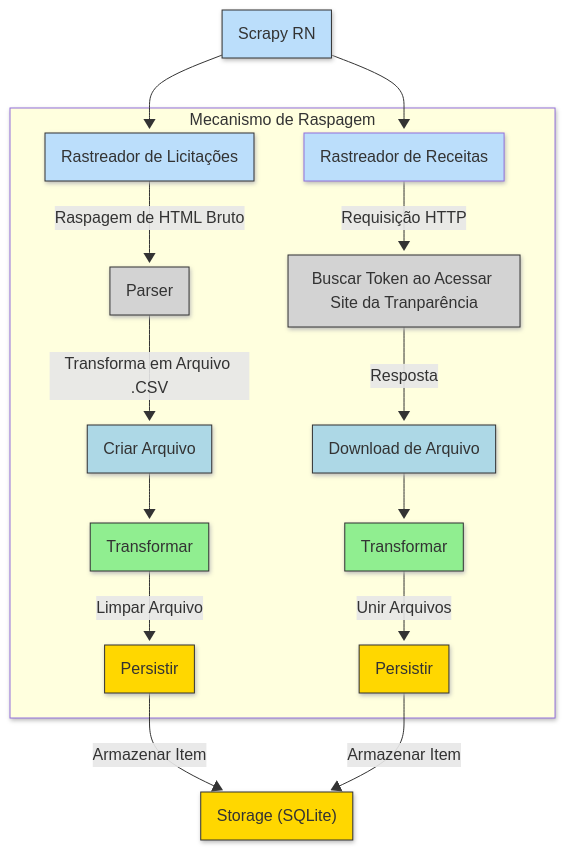
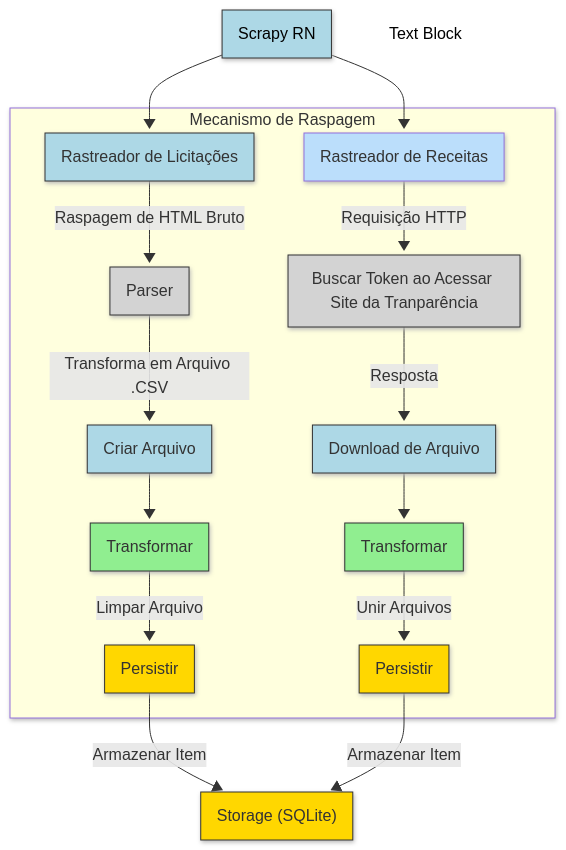
Before and after one commit to anunciado/INF0233-ScrapyRN: the diagram in README.md, drawn with Mermaid.

Commit message:
feat: melhorando README.md

````diff
--- a/README.md
+++ b/README.md
@@ -52,56 +52,58 @@
 ```mermaid
 ---
 config:
   layout: dagre
   look: neo
 ---
 flowchart TB
  subgraph subGraph1["Mecanismo de Raspagem"]
         Spider["Rastreador de Licitações"]
         Middleware["Download de Arquivo"]
         Parser["Parser"]
         n2@{ label: "<span style=\"background-color:\">Rastreador de Receitas</span>" }
         ExternalSite["Buscar Token ao Acessar Site da Tranparência"]
         n3["Transformar"]
         n4["Persistir"]
         Validate["Transformar"]
         PersistStage["Persistir"]
         n6["Criar Arquivo"]
   end
     Scheduler["Scrapy RN"] -- <br> --> Spider
     ExternalSite -- Resposta --> Middleware
     Middleware -- <br> --> n3
     Spider -- Raspagem de HTML Bruto --> Parser
     PersistStage -- Armazenar Item --> Storage["Storage (SQLite)"]
     Validate -- "<span style=color:>Limpar Arquivo</span>" --> PersistStage
     Scheduler --> n2
     n2 -- "<span style=color:>Requisição HTTP</span>" --> ExternalSite
     n3 -- "<span style=color:>Unir Arquivos</span>" --> n4
     n4 -- "<span style=color:>Armazenar Item</span>" --> Storage
     Parser -- "<span style=color:>Transforma em Arquivo .CSV</span>" --> n6
     n6 -- <br> --> Validate
+    n7["Text Block"]
     n2@{ shape: rect}
     n3@{ shape: rect}
     n4@{ shape: rect}
     n6@{ shape: rect}
+    n7@{ shape: text}
      Spider:::network
      Middleware:::network
      Parser:::processing
      Parser:::external
      ExternalSite:::external
      n3:::processing
      n4:::storage
      Validate:::processing
      PersistStage:::storage
      n6:::network
      Scheduler:::network
      Storage:::storage
     classDef network fill:#ADD8E6,stroke:#333,stroke-width:1px
     classDef processing fill:#90EE90,stroke:#333,stroke-width:1px
     classDef storage fill:#FFD700,stroke:#333,stroke-width:1px
     classDef config fill:#D8BFD8,stroke:#333,stroke-width:1px
     classDef external fill:#D3D3D3, stroke:#333, stroke-width:1px
-    style Spider fill:#BBDEFB
     style n2 fill:#BBDEFB
-    style Scheduler fill:#BBDEFB
+    style Scheduler color:#000000
+    style n7 color:#000000
 ```
````
